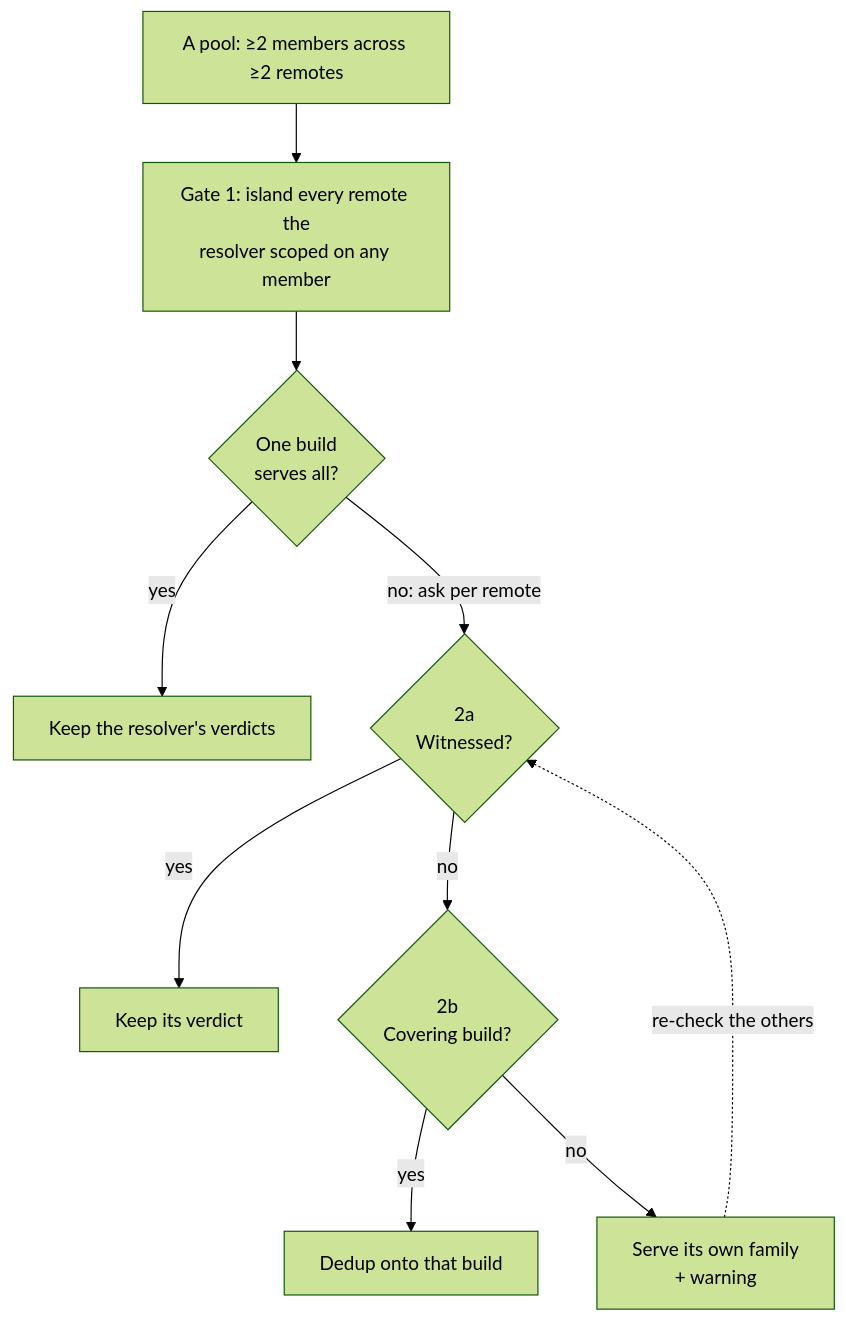
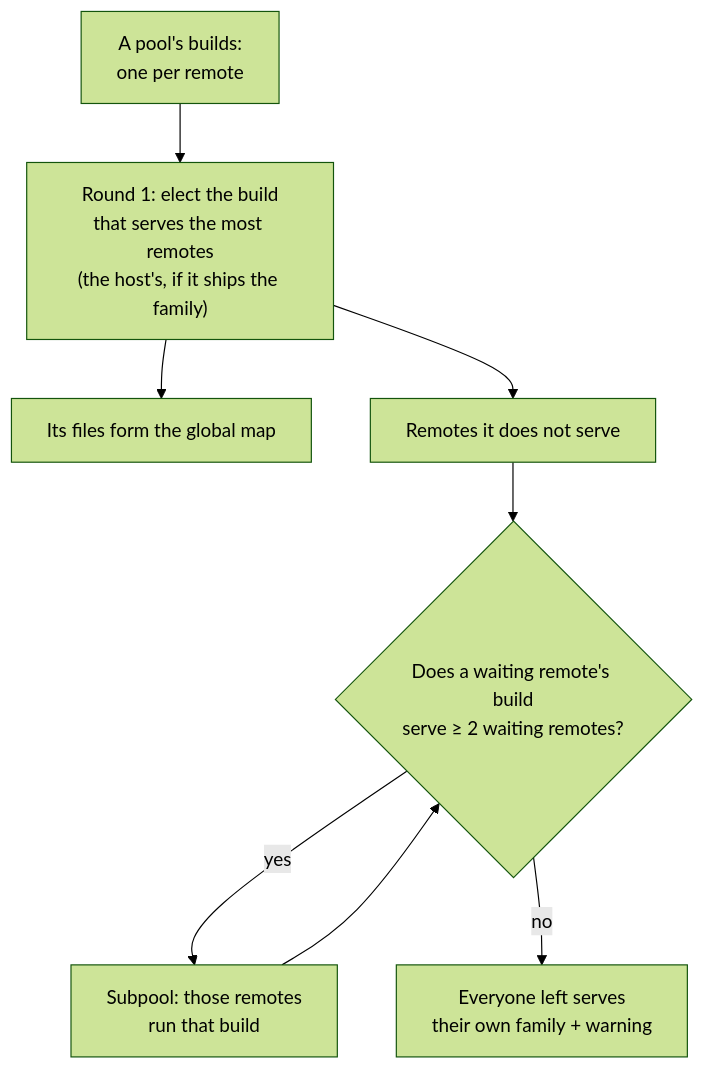
One commit to native-federation/native-federation-website changed the fifth of 9 diagrams in src/content/docs/v4/orchestrator/pooling.md. Above: the diagram before and after it, drawn with Mermaid (forest theme). The commit also changed other lines of this file and 11 other files, not shown here.

````diff
--- a/src/content/docs/v4/orchestrator/pooling.md
+++ b/src/content/docs/v4/orchestrator/pooling.md
@@ -197,12 +200,10 @@
 ```mermaid
 flowchart TD
-    A["A pool: ≥2 members across ≥2 remotes"] --> G1["Gate 1: island every remote the<br/>resolver scoped on any member"]
-    G1 --> F{"One build<br/>serves all?"}
-    F -->|"yes"| K["Keep the resolver's verdicts"]
-    F -->|"no: ask per remote"| W{"2a<br/>Witnessed?"}
-    W -->|"yes"| K2["Keep its verdict"]
-    W -->|"no"| C{"2b<br/>Covering build?"}
-    C -->|"yes"| S["Dedup onto that build"]
-    C -->|"no"| O["Serve its own family<br/>+ warning"]
-    O -. "re-check the others" .-> W
+    A["A pool's builds:<br/>one per remote"] --> R1["Round 1: elect the build<br/>that serves the most remotes<br/>(the host's, if it ships the family)"]
+    R1 --> G["Its files form the global map"]
+    R1 --> P["Remotes it does not serve"]
+    P --> R2{"Does a waiting remote's build<br/>serve ≥ 2 waiting remotes?"}
+    R2 -->|"yes"| SP["Subpool: those remotes<br/>run that build"]
+    SP --> R2
+    R2 -->|"no"| O["Everyone left serves<br/>their own family + warning"]
 ```
````
